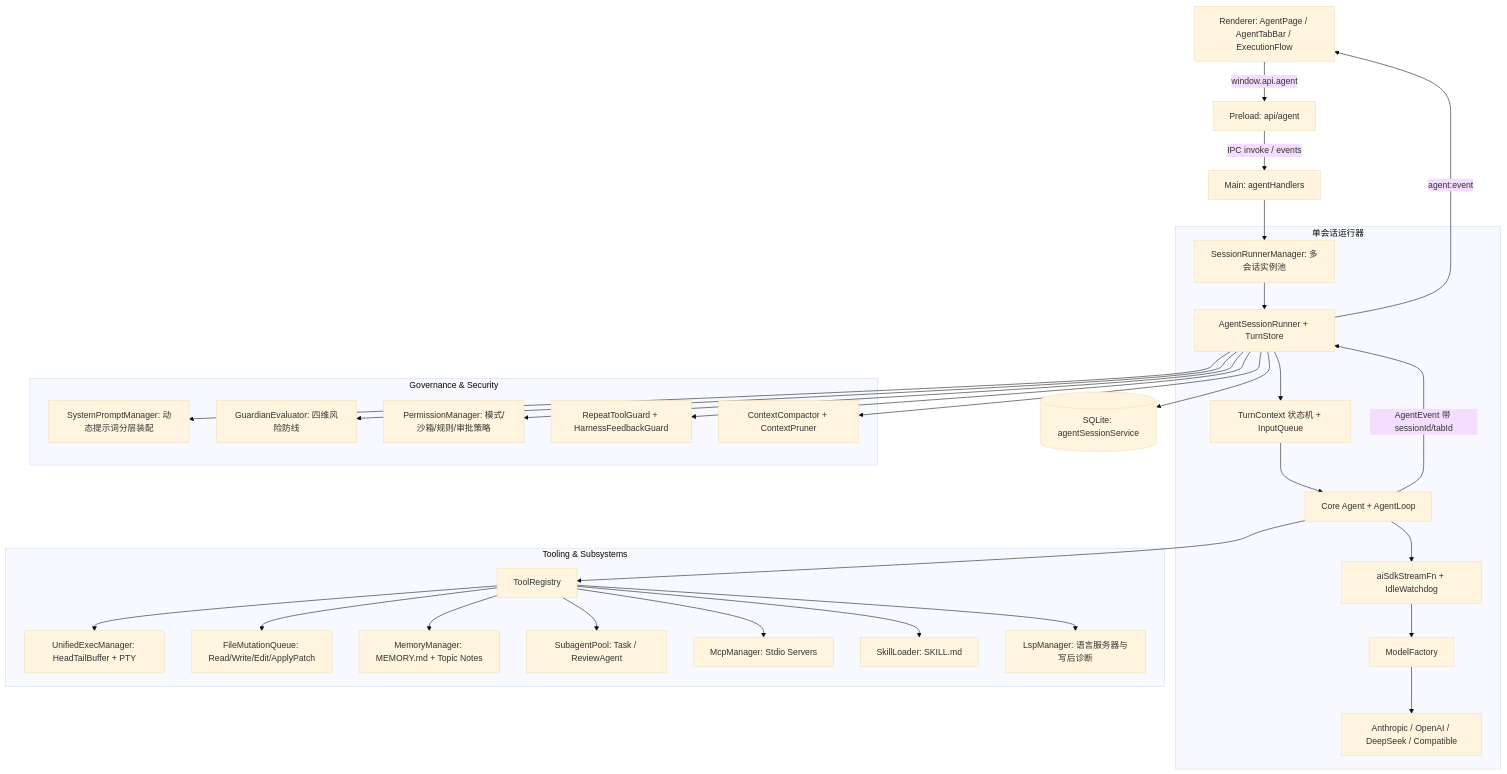
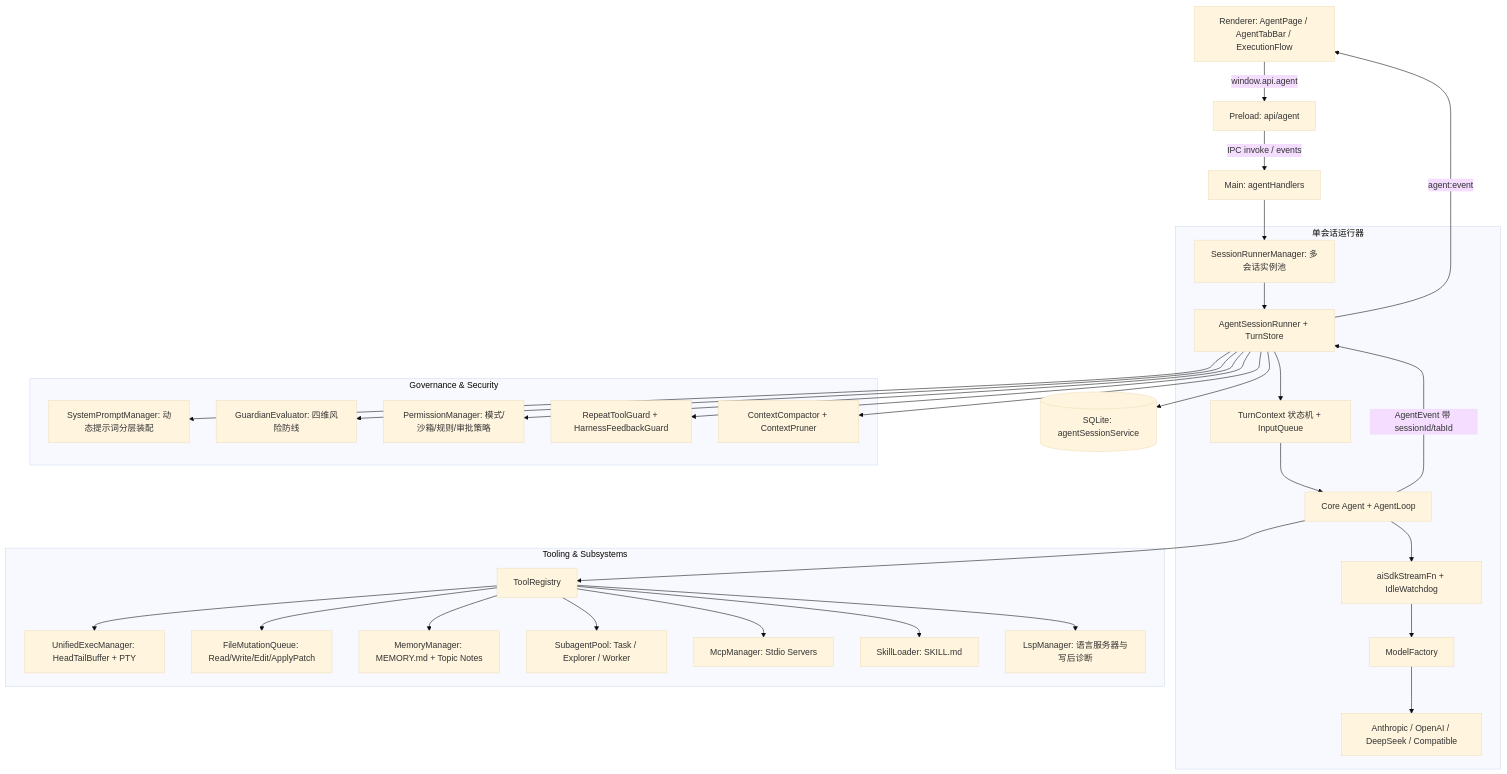
The diagram in docs/agent/architecture.md (yonah-lin111/lx-agent), drawn with Mermaid (base theme) before and after one commit. The commit also changed other lines of this file and 14 other files, not shown here.

Commit message:
refactor(agent): 移除 review 子代理角色并补齐 Review 模式默认审查目标

````diff
--- a/docs/agent/architecture.md
+++ b/docs/agent/architecture.md
@@ -21,38 +21,38 @@
 ```mermaid
 flowchart TD
     UI[Renderer: AgentPage / AgentTabBar / ExecutionFlow] -->|window.api.agent| Preload[Preload: api/agent]
     Preload -->|IPC invoke / events| IPC[Main: agentHandlers]
     IPC --> SRM[SessionRunnerManager: 多会话实例池]
 
     subgraph AgentSessionRunner [单会话运行器]
         SRM --> Runner[AgentSessionRunner + TurnStore]
         Runner --> TurnSM[TurnContext 状态机 + InputQueue]
         TurnSM --> AgentCore[Core Agent + AgentLoop]
         AgentCore --> Adapter[aiSdkStreamFn + IdleWatchdog]
         Adapter --> MF[ModelFactory]
         MF --> Providers[Anthropic / OpenAI / DeepSeek / Compatible]
     end
 
     subgraph Governance & Security
         Runner --> SPM[SystemPromptManager: 动态提示词分层装配]
         Runner --> Guardian[GuardianEvaluator: 四维风险防线]
         Runner --> Perm[PermissionManager: 模式/沙箱/规则/审批策略]
         Runner --> Guard[RepeatToolGuard + HarnessFeedbackGuard]
         Runner --> Compaction[ContextCompactor + ContextPruner]
     end
 
     subgraph Tooling & Subsystems
         AgentCore --> Tools[ToolRegistry]
         Tools --> Exec[UnifiedExecManager: HeadTailBuffer + PTY]
         Tools --> FileOps[FileMutationQueue: Read/Write/Edit/ApplyPatch]
         Tools --> Memory[MemoryManager: MEMORY.md + Topic Notes]
-        Tools --> Subagents[SubagentPool: Task / ReviewAgent]
+        Tools --> Subagents[SubagentPool: Task / Explorer / Worker]
         Tools --> MCP[McpManager: Stdio Servers]
         Tools --> Skills[SkillLoader: SKILL.md]
         Tools --> LSP[LspManager: 语言服务器与写后诊断]
     end
 
     Runner --> DB[(SQLite: agentSessionService)]
     AgentCore -->|AgentEvent 带 sessionId/tabId| Runner
     Runner -->|agent:event| UI
 ```
````
